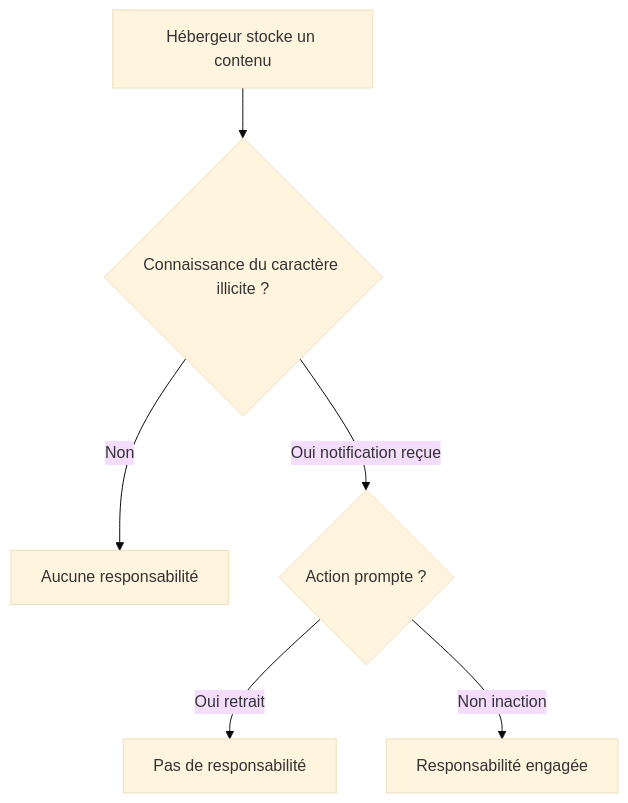
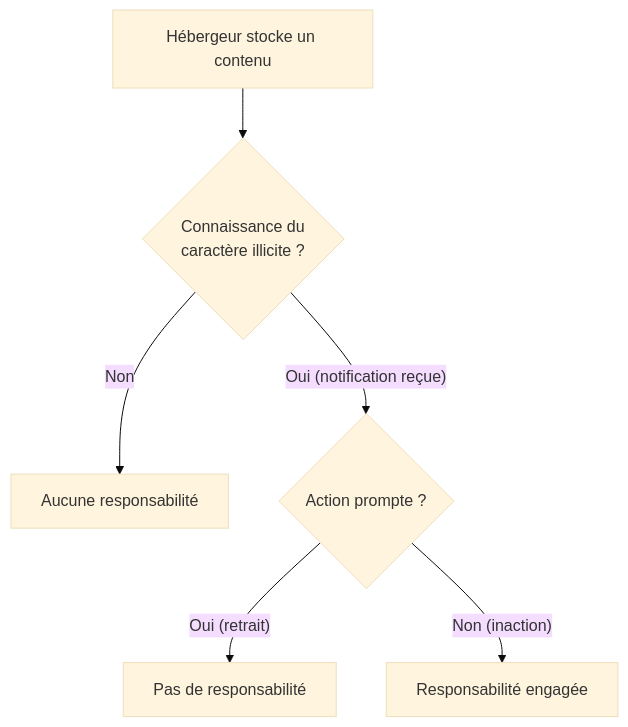
Before and after one commit to zyrass/omnydocs: the third of 7 diagrams in docs/cursus-forensic/01-cycle-0-fondations/module-1-legislation/05-lcen-2004.md, drawn with Mermaid (base theme). The commit also changed other lines of this file and 171 other files, not shown here.

````diff
--- a/docs/cursus-forensic/01-cycle-0-fondations/module-1-legislation/05-lcen-2004.md
+++ b/docs/cursus-forensic/01-cycle-0-fondations/module-1-legislation/05-lcen-2004.md
@@ -117,8 +129,8 @@
 ```mermaid
 flowchart TB
-    A[Hébergeur stocke un contenu] --> B{Connaissance du caractère illicite ?}
-    B -->|Non| C[Aucune responsabilité]
-    B -->|Oui notification reçue| D{Action prompte ?}
-    D -->|Oui retrait| E[Pas de responsabilité]
-    D -->|Non inaction| F[Responsabilité engagée]
+    A["Hébergeur stocke un contenu"] --> B{"Connaissance du<br>caractère illicite ?"}
+    B -->|"Non"| C["Aucune responsabilité"]
+    B -->|"Oui (notification reçue)"| D{"Action prompte ?"}
+    D -->|"Oui (retrait)"| E["Pas de responsabilité"]
+    D -->|"Non (inaction)"| F["Responsabilité engagée"]
 ```
````
